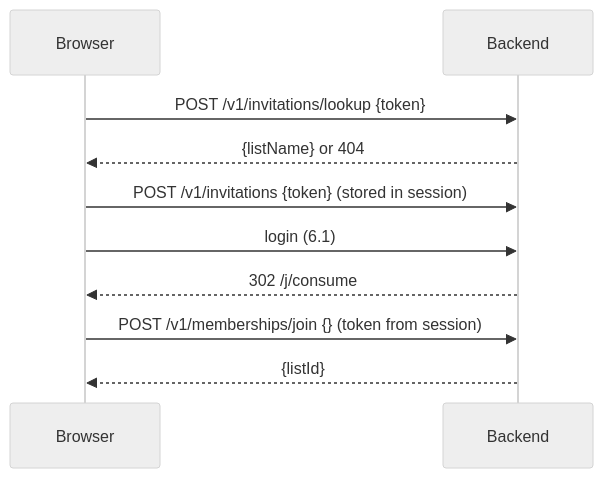
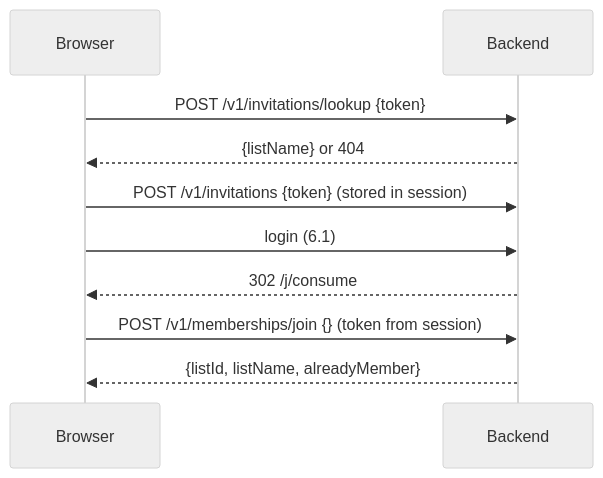
One commit to mremolt/groceries-list changed the second of 2 diagrams in docs/architecture/06-runtime-view.md. Above: the diagram before and after it, drawn with Mermaid (neutral theme). The commit also changed other lines of this file and 153 other files, not shown here.

````diff
--- a/docs/architecture/06-runtime-view.md
+++ b/docs/architecture/06-runtime-view.md
@@ -26,12 +26,12 @@
 ```mermaid
 sequenceDiagram
   participant B as Browser
   participant S as Backend
   B->>S: POST /v1/invitations/lookup {token}
   S-->>B: {listName} or 404
   B->>S: POST /v1/invitations {token} (stored in session)
   B->>S: login (6.1)
   S-->>B: 302 /j/consume
   B->>S: POST /v1/memberships/join {} (token from session)
-  S-->>B: {listId}
+  S-->>B: {listId, listName, alreadyMember}
 ```
````
